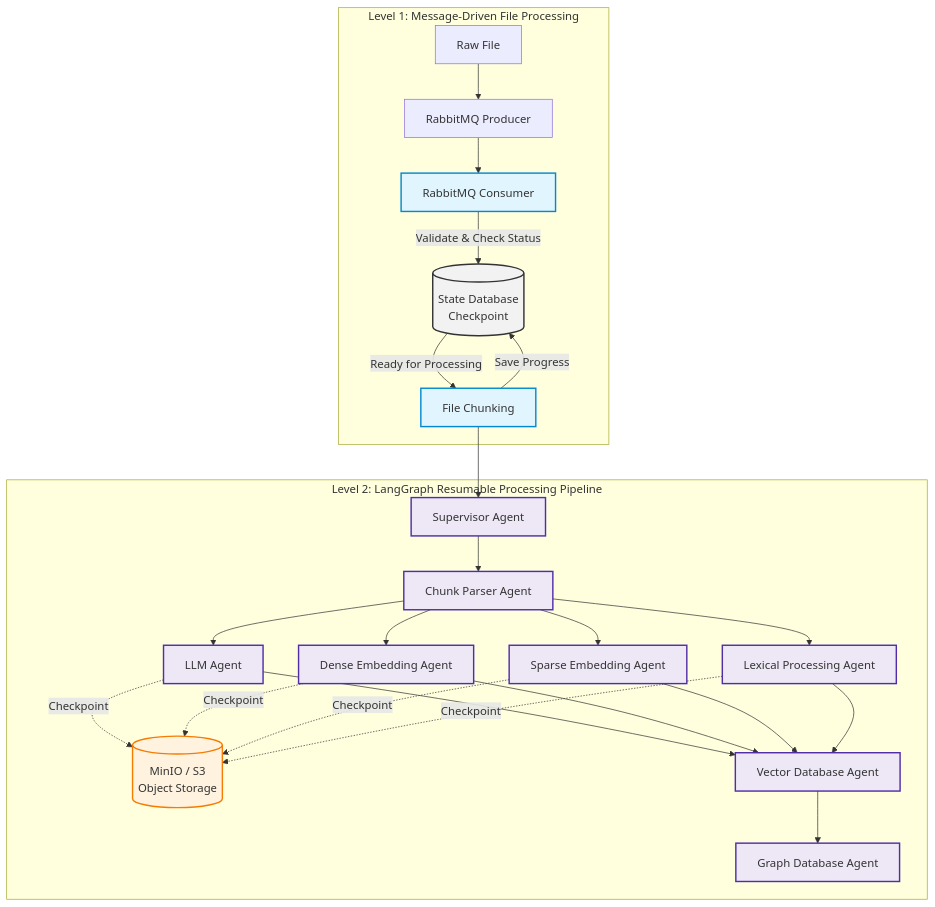
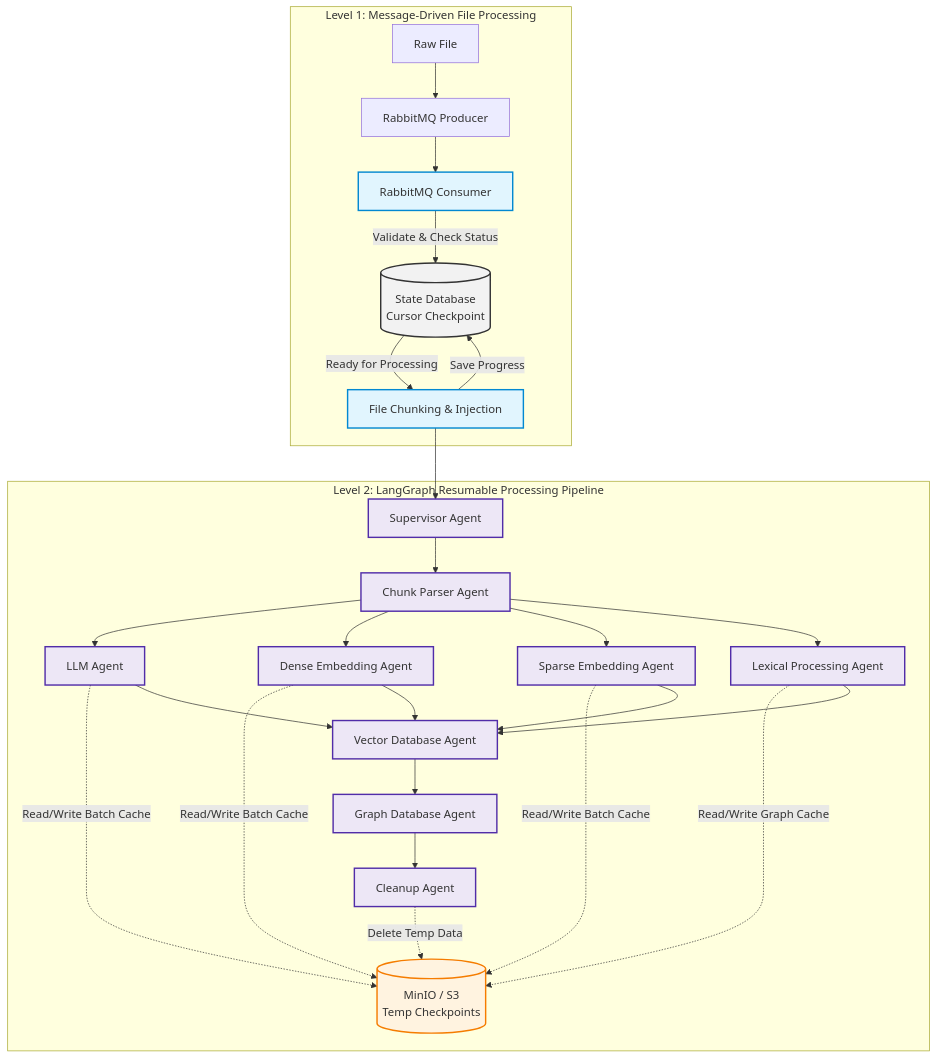
One commit to Graxon-rag/graxon changed the diagram in README.md. Above: the diagram before and after it, drawn with Mermaid. The commit also changed other lines of this file, not shown here.

````diff
--- a/README.md
+++ b/README.md
@@ -429,50 +423,52 @@
 ```mermaid
 graph TD
     %% =========================
     %% Styling
     %% =========================
     classDef database fill:#f2f2f2,stroke:#333,stroke-width:2px;
     classDef process fill:#e1f5fe,stroke:#0288d1,stroke-width:2px;
     classDef agent fill:#ede7f6,stroke:#512da8,stroke-width:2px;
     classDef storage fill:#fff3e0,stroke:#f57c00,stroke-width:2px;
 
     %% =========================
     %% Level 1: Message Processing
     %% =========================
     subgraph L1["Level 1: Message-Driven File Processing"]
         Raw[Raw File<br/>] --> Producer[RabbitMQ Producer]
         Producer --> Consumer[RabbitMQ Consumer]:::process
 
-        Consumer -->|Validate & Check Status| DB[(State Database<br/>Checkpoint)]:::database
-        DB -->|Ready for Processing| Chunking[File Chunking]:::process
+        Consumer -->|Validate & Check Status| DB[(State Database<br/>Cursor Checkpoint)]:::database
+        DB -->|Ready for Processing| Chunking[File Chunking & Injection]:::process
         Chunking -->|Save Progress| DB
     end
 
     %% =========================
     %% Level 2: Resumable AI Pipeline
     %% =========================
     subgraph L2["Level 2: LangGraph Resumable Processing Pipeline"]
 
         Chunking --> Supervisor[Supervisor Agent]:::agent
         Supervisor --> Parser[Chunk Parser Agent]:::agent
 
         Parser --> LLM[LLM Agent]:::agent
         Parser --> Dense[Dense Embedding Agent]:::agent
         Parser --> Sparse[Sparse Embedding Agent]:::agent
         Parser --> Lexical[Lexical Processing Agent]:::agent
 
         %% Object Storage Checkpointing
-        LLM -.->|Checkpoint| ObjectStorage[(MinIO / S3<br/>Object Storage)]:::storage
-        Dense -.->|Checkpoint| ObjectStorage
-        Sparse -.->|Checkpoint| ObjectStorage
-        Lexical -.->|Checkpoint| ObjectStorage
+        LLM -.->|Read/Write Batch Cache| ObjectStorage[(MinIO / S3<br/>Temp Checkpoints)]:::storage
+        Dense -.->|Read/Write Batch Cache| ObjectStorage
+        Sparse -.->|Read/Write Batch Cache| ObjectStorage
+        Lexical -.->|Read/Write Graph Cache| ObjectStorage
 
         %% Processing Results
         LLM --> VectorDB[Vector Database Agent]:::agent
         Dense --> VectorDB
         Sparse --> VectorDB
         Lexical --> VectorDB
 
         VectorDB --> GraphDB[Graph Database Agent]:::agent
+        GraphDB --> Cleanup[Cleanup Agent]:::agent
+        Cleanup -.->|Delete Temp Data| ObjectStorage
     end
 ```
````
